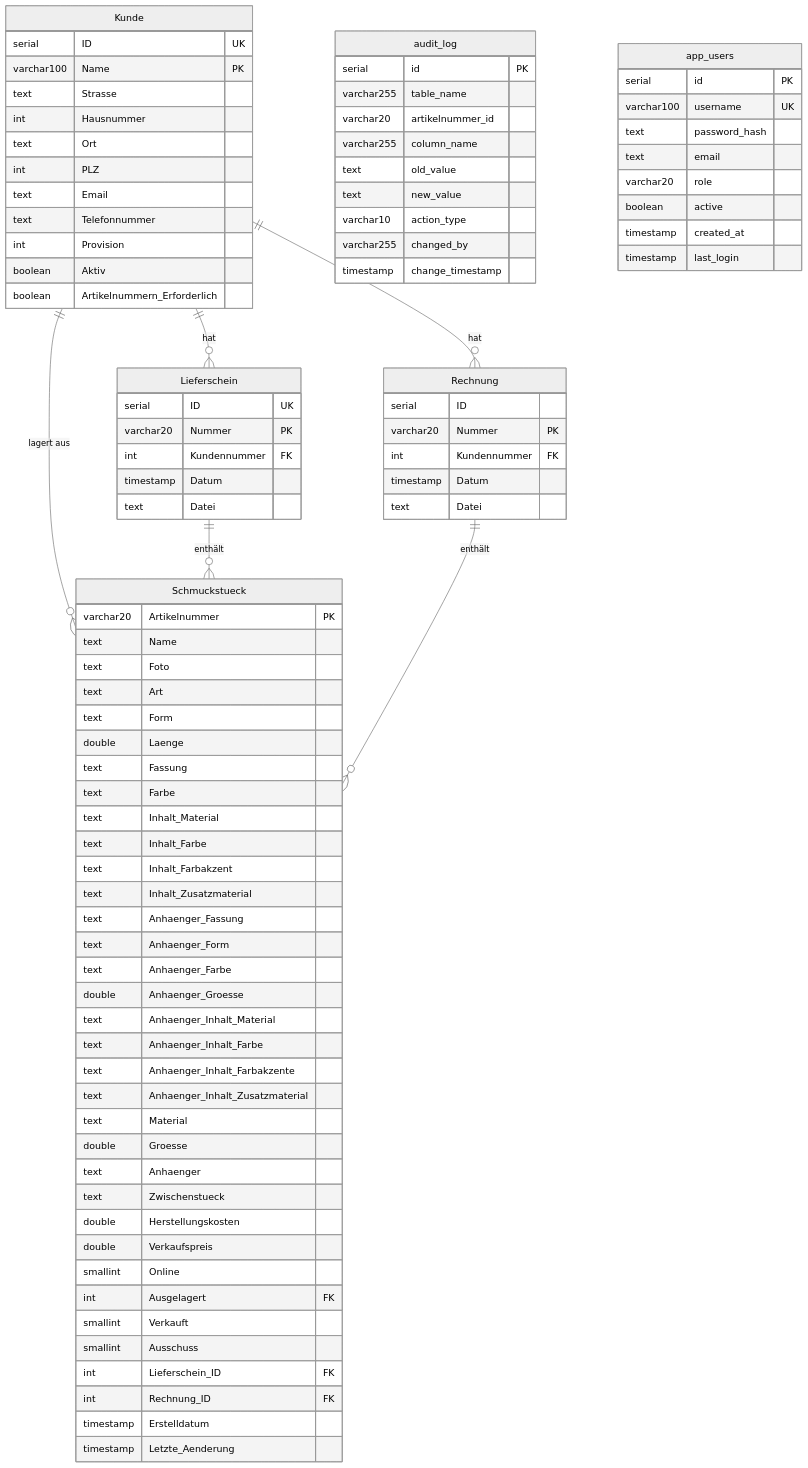
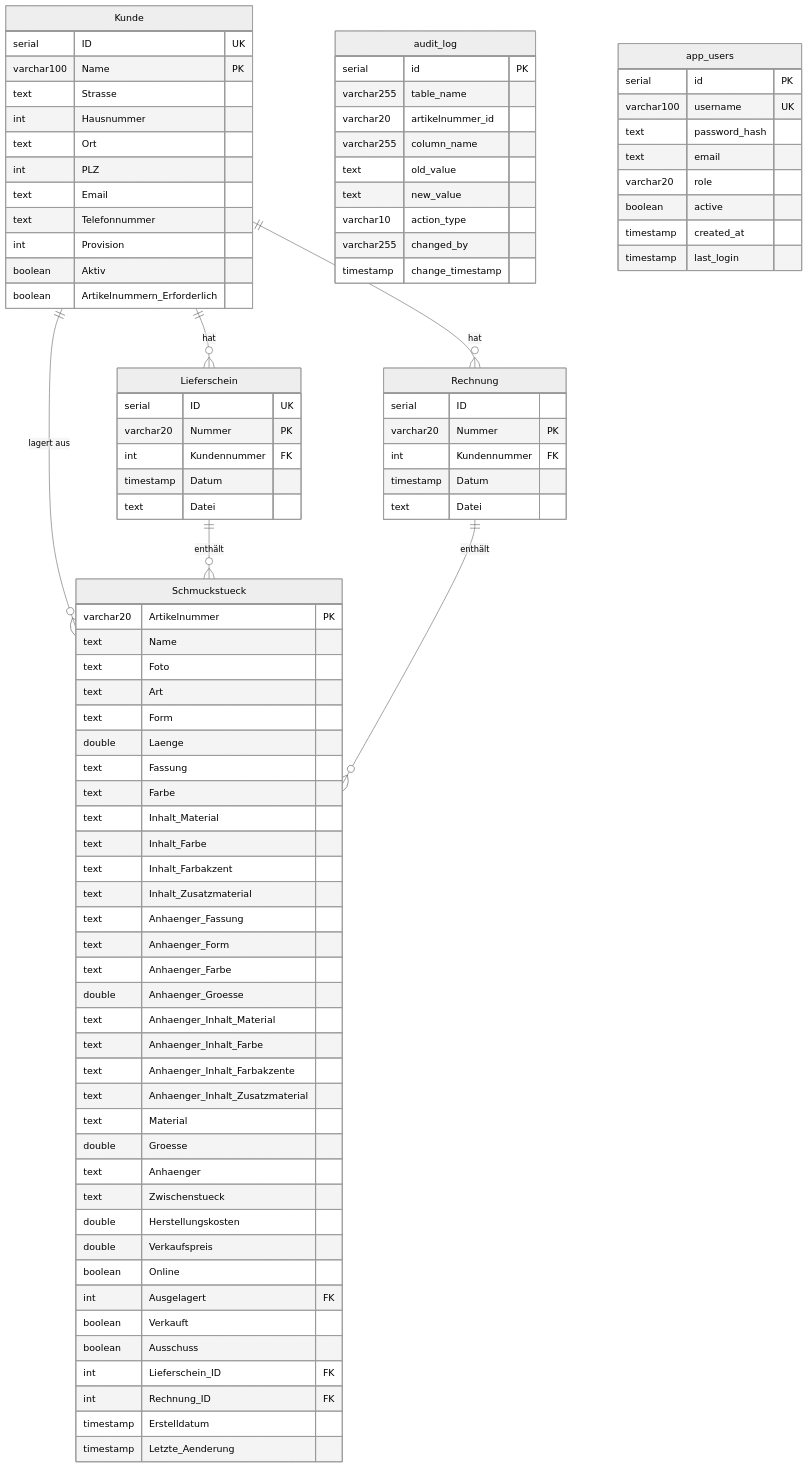
The diagram in agent.md (Revilo91/GoldRegenDB_Web), drawn with Mermaid (neutral theme) before and after one commit. The commit also changed other lines of this file and 1 other file, not shown here.

Commit message:
Fix boolean types in agent.md and add .github/copilot-instructions.md

```diff
--- a/agent.md
+++ b/agent.md
@@ -76,10 +76,10 @@
         text Zwischenstueck
         double Herstellungskosten
         double Verkaufspreis
-        smallint Online
+        boolean Online
         int Ausgelagert FK
-        smallint Verkauft
-        smallint Ausschuss
+        boolean Verkauft
+        boolean Ausschuss
         int Lieferschein_ID FK
         int Rechnung_ID FK
         timestamp Erstelldatum
```
